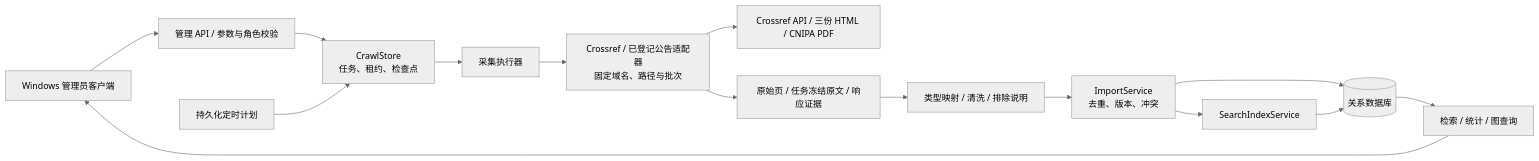
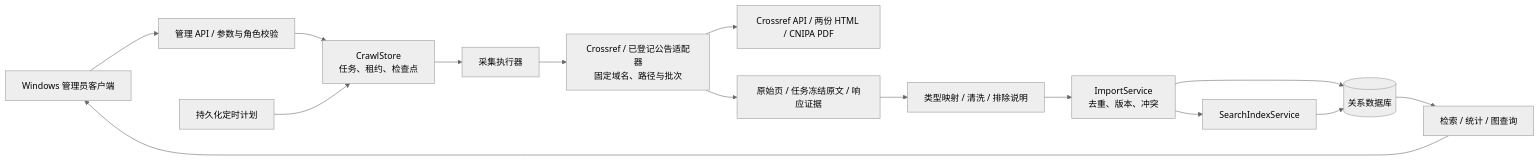
The first of 3 diagrams in docs/design/component-design.md (caw111/SoftwareAnalyse), drawn with Mermaid (neutral theme) before and after one commit. The commit also changed other lines of this file and 11 other files, not shown here.

````diff
--- a/docs/design/component-design.md
+++ b/docs/design/component-design.md
@@ -23,17 +23,17 @@
 ```mermaid
 flowchart LR
     UI["Windows 管理员客户端"] --> API["管理 API / 参数与角色校验"]
     API --> TASK["CrawlStore<br/>任务、租约、检查点"]
     TIMER["持久化定时计划"] --> TASK
     TASK --> WORKER["采集执行器"]
     WORKER --> ADAPTER["Crossref / 已登记公告适配器<br/>固定域名、路径与批次"]
-    ADAPTER --> REMOTE["Crossref API / 三份 HTML / CNIPA PDF"]
+    ADAPTER --> REMOTE["Crossref API / 两份 HTML / CNIPA PDF"]
     ADAPTER --> RAW["原始页 / 任务冻结原文 / 响应证据"]
     RAW --> ETL["类型映射 / 清洗 / 排除说明"]
     ETL --> IMPORT["ImportService<br/>去重、版本、冲突"]
     IMPORT --> DB[("关系数据库")]
     IMPORT --> INDEX["SearchIndexService"]
     INDEX --> DB
     DB --> QUERY["检索 / 统计 / 图查询"]
     QUERY --> UI
 ```
````
